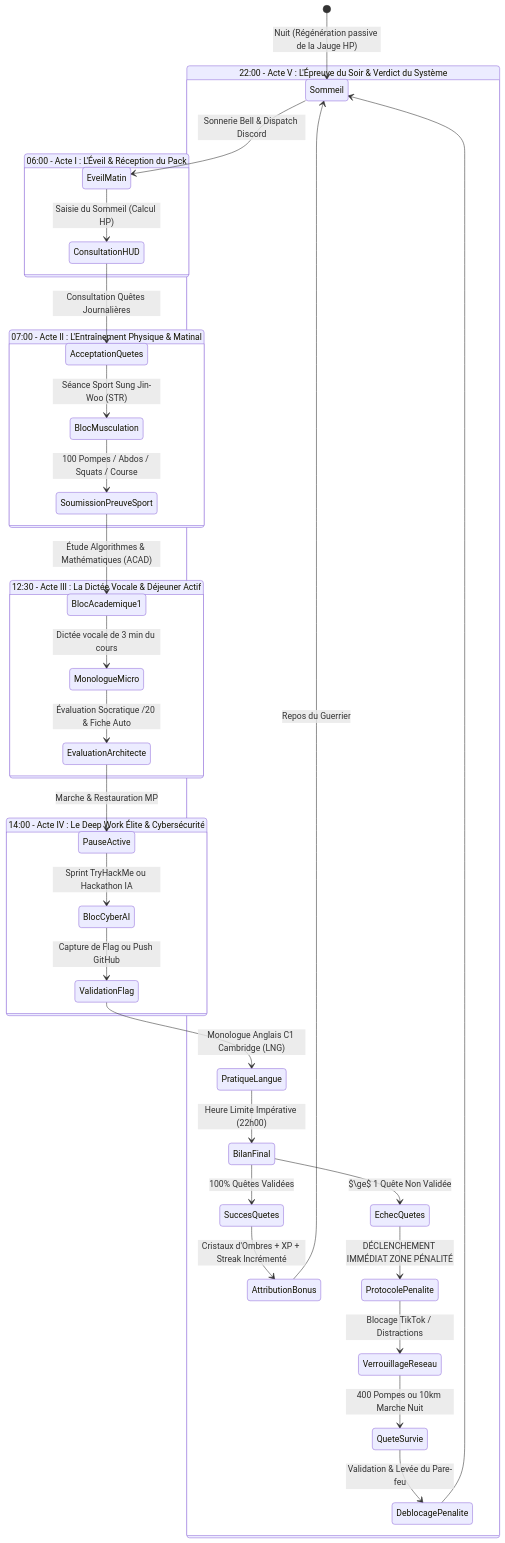
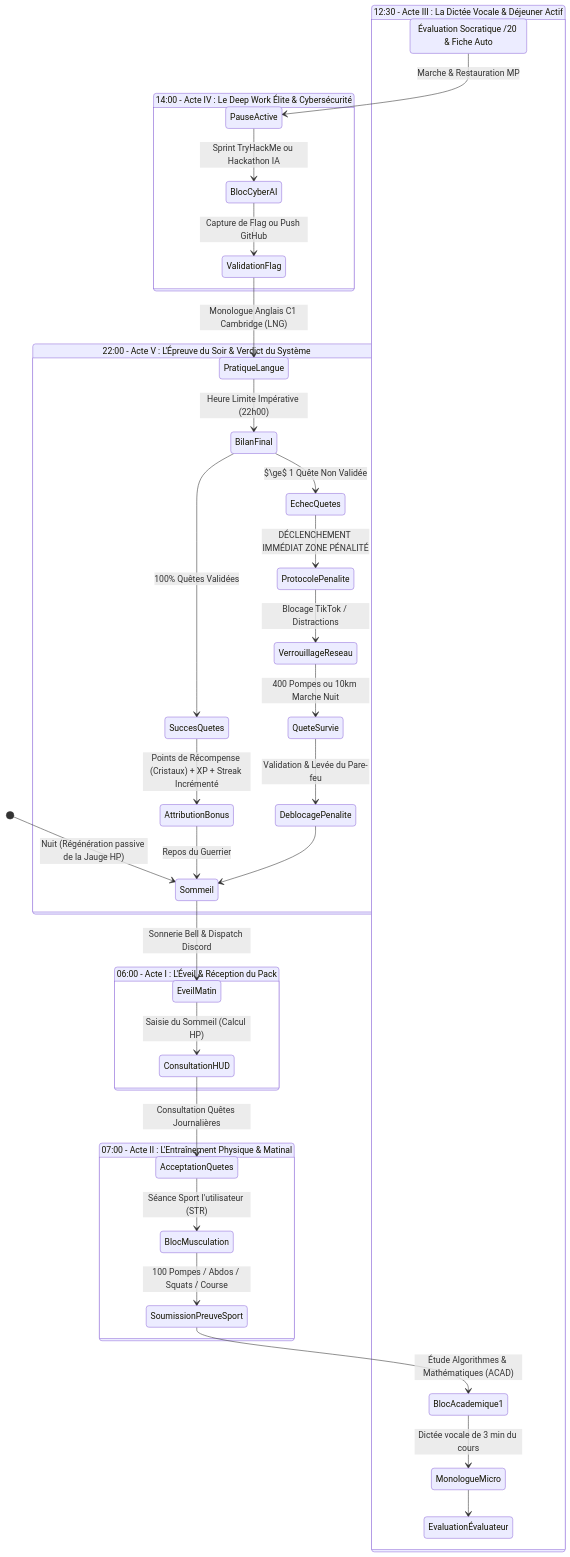
Before and after one commit to GeovanioH/LevelUp: the first of 5 diagrams in docs/03-APP_FLOW.md, drawn with Mermaid. The commit also changed other lines of this file and 12 other files, not shown here.

````diff
--- a/docs/03-APP_FLOW.md
+++ b/docs/03-APP_FLOW.md
@@ -108,43 +108,43 @@
 ```mermaid
 stateDiagram-v2
     [*] --> Sommeil : Nuit (Régénération passive de la Jauge HP)
     
     state "06:00 - Acte I : L'Éveil & Réception du Pack" as Acte1 {
         Sommeil --> EveilMatin : Sonnerie Bell & Dispatch Discord
         EveilMatin --> ConsultationHUD : Saisie du Sommeil (Calcul HP)
         ConsultationHUD --> AcceptationQuetes : Consultation Quêtes Journalières
     }
 
     state "07:00 - Acte II : L'Entraînement Physique & Matinal" as Acte2 {
-        AcceptationQuetes --> BlocMusculation : Séance Sport Sung Jin-Woo (STR)
+        AcceptationQuetes --> BlocMusculation : Séance Sport l'utilisateur (STR)
         BlocMusculation --> SoumissionPreuveSport : 100 Pompes / Abdos / Squats / Course
         SoumissionPreuveSport --> BlocAcademique1 : Étude Algorithmes & Mathématiques (ACAD)
     }
 
     state "12:30 - Acte III : La Dictée Vocale & Déjeuner Actif" as Acte3 {
         BlocAcademique1 --> MonologueMicro : Dictée vocale de 3 min du cours
-        MonologueMicro --> EvaluationArchitecte : Évaluation Socratique /20 & Fiche Auto
-        EvaluationArchitecte --> PauseActive : Marche & Restauration MP
+        MonologueMicro --> EvaluationÉvaluateur IA : Évaluation Socratique /20 & Fiche Auto
+        EvaluationÉvaluateur IA --> PauseActive : Marche & Restauration MP
     }
 
     state "14:00 - Acte IV : Le Deep Work Élite & Cybersécurité" as Acte4 {
         PauseActive --> BlocCyberAI : Sprint TryHackMe ou Hackathon IA
         BlocCyberAI --> ValidationFlag : Capture de Flag ou Push GitHub
         ValidationFlag --> PratiqueLangue : Monologue Anglais C1 Cambridge (LNG)
     }
 
     state "22:00 - Acte V : L'Épreuve du Soir & Verdict du Système" as Acte5 {
         PratiqueLangue --> BilanFinal : Heure Limite Impérative (22h00)
         BilanFinal --> SuccesQuetes : 100% Quêtes Validées
         BilanFinal --> EchecQuetes : $\ge$ 1 Quête Non Validée
         
-        SuccesQuetes --> AttributionBonus : Cristaux d'Ombres + XP + Streak Incrémenté
+        SuccesQuetes --> AttributionBonus : Points de Récompense (Cristaux) + XP + Streak Incrémenté
         AttributionBonus --> Sommeil : Repos du Guerrier
         
         EchecQuetes --> ProtocolePenalite : DÉCLENCHEMENT IMMÉDIAT ZONE PÉNALITÉ
         ProtocolePenalite --> VerrouillageReseau : Blocage TikTok / Distractions
         VerrouillageReseau --> QueteSurvie : 400 Pompes ou 10km Marche Nuit
         QueteSurvie --> DeblocagePenalite : Validation & Levée du Pare-feu
         DeblocagePenalite --> Sommeil
     }
 ```
````
